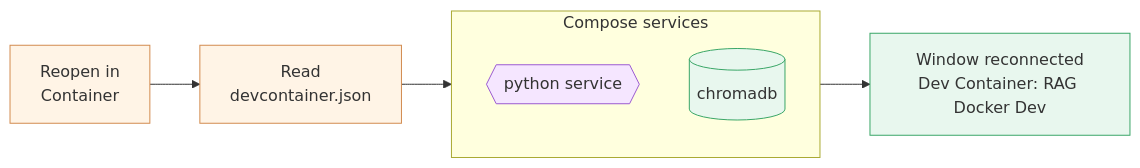
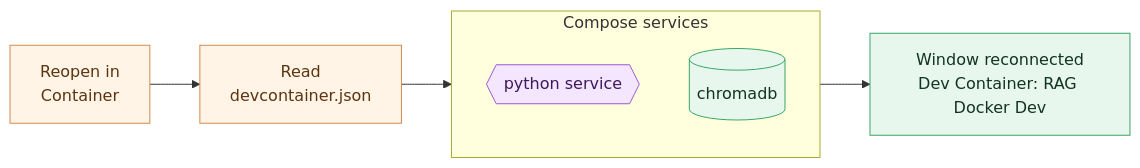
The second of 2 diagrams in chapter_3/l3/README.md (LinkedInLearning/docker-for-local-ai-app-development-build-lightweight-containerized-ai-applications-11189001), drawn with Mermaid before and after one commit. The commit also changed 25 other files, not shown here.

````diff
--- a/chapter_3/l3/README.md
+++ b/chapter_3/l3/README.md
@@ -125,20 +125,20 @@
 ```mermaid
 flowchart LR
     CLICK["Reopen in<br/>Container"]
     CFG["Read<br/>devcontainer.json"]
     subgraph compose["Compose services"]
       PY{{"python service"}}
       DB[("chromadb")]
     end
     ATTACH["Window reconnected<br/>Dev Container: RAG Docker Dev"]
 
     CLICK --> CFG --> compose --> ATTACH
 
-    classDef action fill:#fff4e6,stroke:#d28b4f,stroke-width:1px;
-    classDef model fill:#f5e6ff,stroke:#9b5bd1,stroke-width:1px;
-    classDef store fill:#e8f7ee,stroke:#3aa667,stroke-width:1px;
+    classDef action fill:#fff4e6,stroke:#d28b4f,stroke-width:1px,color:#5c3410;
+    classDef model fill:#f5e6ff,stroke:#9b5bd1,stroke-width:1px,color:#3d1a5c;
+    classDef store fill:#e8f7ee,stroke:#3aa667,stroke-width:1px,color:#12341f;
     class CLICK,CFG action;
     class PY model;
     class DB store;
     class ATTACH store;
 ```
````
